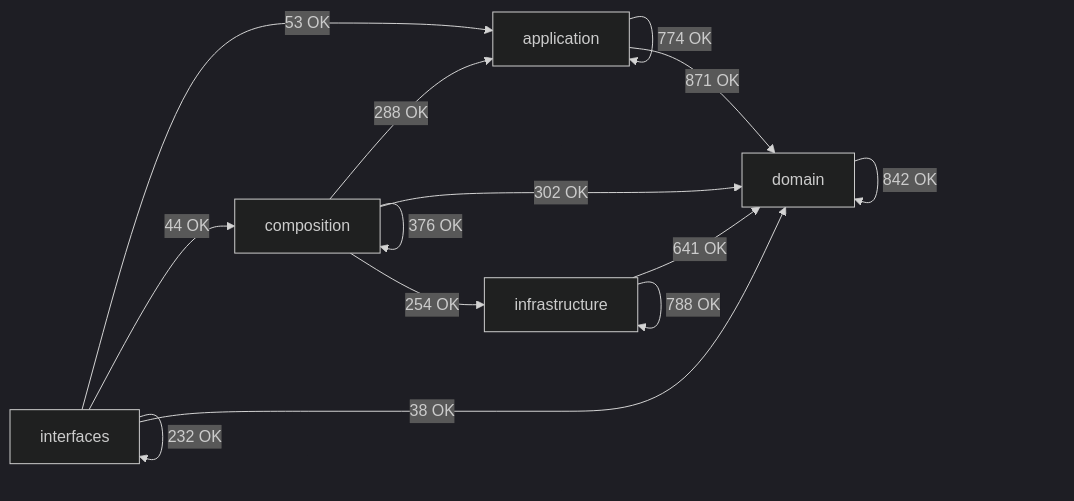
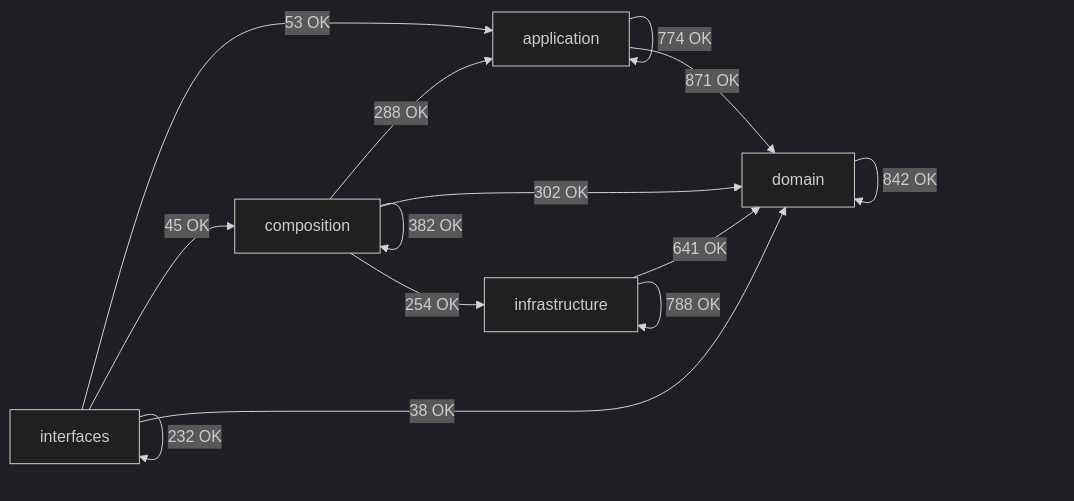
One commit to SatoryKono/BioactivityDataAcquisition changed the diagram in docs/02-architecture/generated/module-dependency-map.md. Above: the diagram before and after it, drawn with Mermaid (dark theme). The commit also changed other lines of this file and 68 other files, not shown here.

````diff
--- a/docs/02-architecture/generated/module-dependency-map.md
+++ b/docs/02-architecture/generated/module-dependency-map.md
@@ -17,21 +17,21 @@
 ```mermaid
 flowchart LR
     domain[domain]
     application[application]
     infrastructure[infrastructure]
     composition[composition]
     interfaces[interfaces]
     application -->|774 OK| application
     application -->|871 OK| domain
     composition -->|288 OK| application
-    composition -->|376 OK| composition
+    composition -->|382 OK| composition
     composition -->|302 OK| domain
     composition -->|254 OK| infrastructure
     domain -->|842 OK| domain
     infrastructure -->|641 OK| domain
     infrastructure -->|788 OK| infrastructure
     interfaces -->|53 OK| application
-    interfaces -->|44 OK| composition
+    interfaces -->|45 OK| composition
     interfaces -->|38 OK| domain
     interfaces -->|232 OK| interfaces
 ```
````
